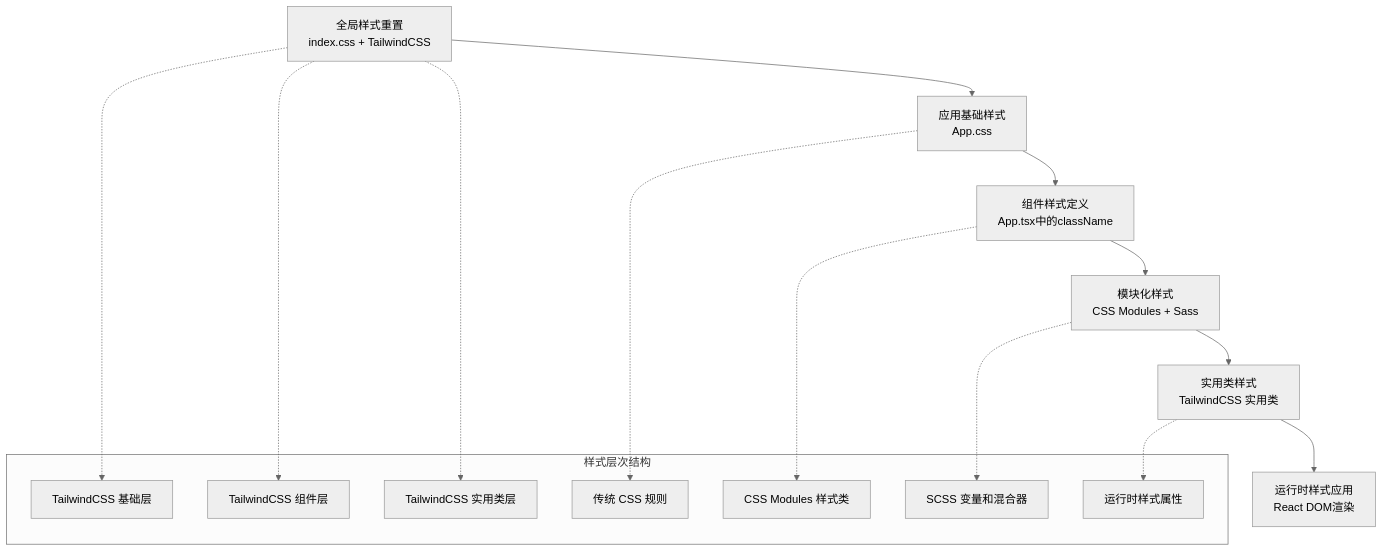
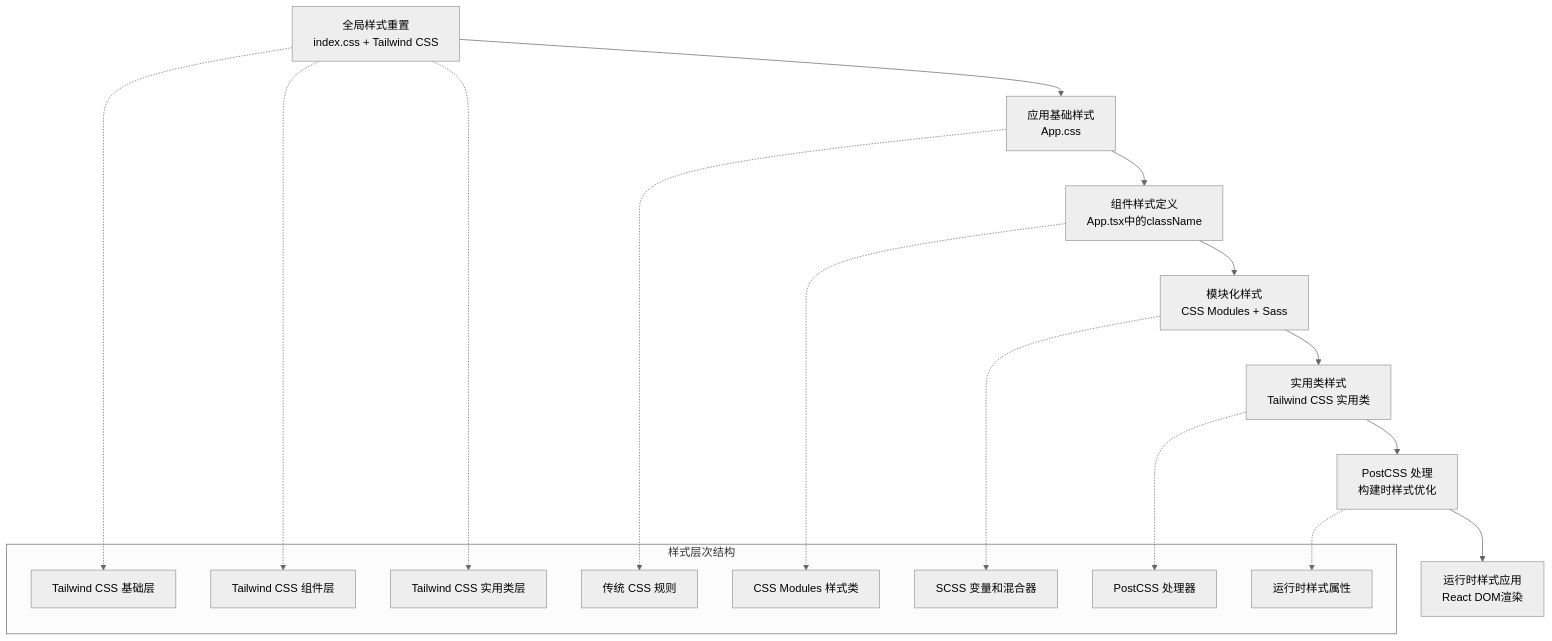
The second of 7 diagrams in .qoder/repowiki/zh/content/核心组件/样式系统.md (kkxxll/reactNext), drawn with Mermaid (neutral theme) before and after one commit. The commit also changed other lines of this file and 12 other files, not shown here.

````diff
--- a/.qoder/repowiki/zh/content/核心组件/样式系统.md
+++ b/.qoder/repowiki/zh/content/核心组件/样式系统.md
@@ -153,24 +165,27 @@
 ```mermaid
 graph TD
-A[全局样式重置<br/>index.css + TailwindCSS] --> B[应用基础样式<br/>App.css]
+A[全局样式重置<br/>index.css + Tailwind CSS] --> B[应用基础样式<br/>App.css]
 B --> C[组件样式定义<br/>App.tsx中的className]
 C --> D[模块化样式<br/>CSS Modules + Sass]
-D --> E[实用类样式<br/>TailwindCSS 实用类]
-E --> F[运行时样式应用<br/>React DOM渲染]
+D --> E[实用类样式<br/>Tailwind CSS 实用类]
+E --> F[PostCSS 处理<br/>构建时样式优化]
+F --> G[运行时样式应用<br/>React DOM渲染]
 subgraph "样式层次结构"
-G[TailwindCSS 基础层]
-H[TailwindCSS 组件层]
-I[TailwindCSS 实用类层]
-J[传统 CSS 规则]
-K[CSS Modules 样式类]
-L[SCSS 变量和混合器]
-M[运行时样式属性]
+H[Tailwind CSS 基础层]
+I[Tailwind CSS 组件层]
+J[Tailwind CSS 实用类层]
+K[传统 CSS 规则]
+L[CSS Modules 样式类]
+M[SCSS 变量和混合器]
+N[PostCSS 处理器]
+O[运行时样式属性]
 end
-A -.-> G
 A -.-> H
 A -.-> I
-B -.-> J
-C -.-> K
-D -.-> L
-E -.-> M
+A -.-> J
+B -.-> K
+C -.-> L
+D -.-> M
+E -.-> N
+F -.-> O
 ```
````
